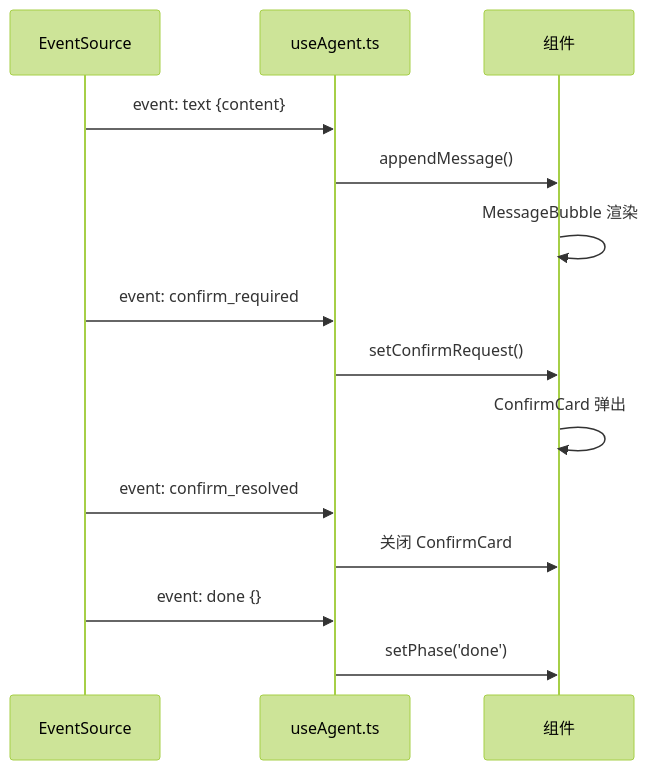
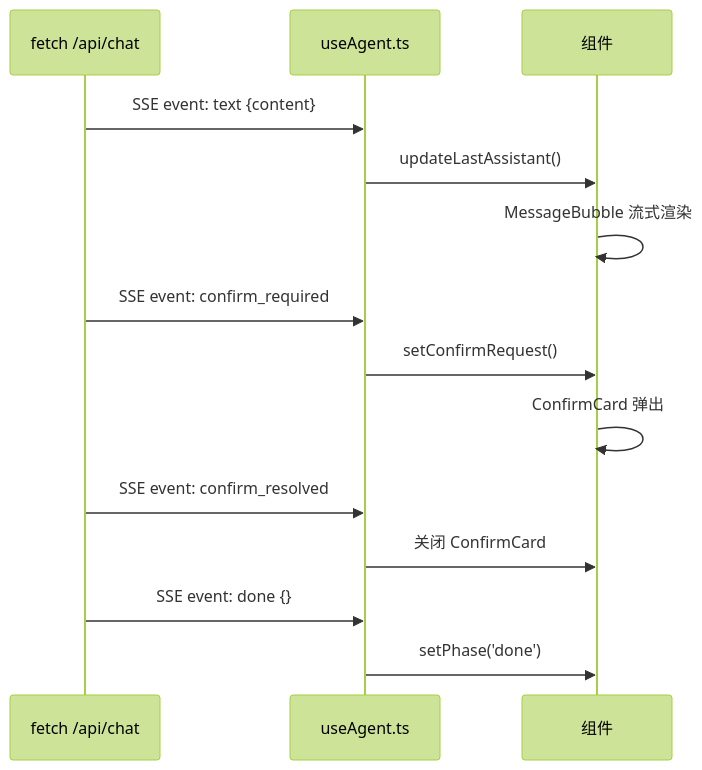
One commit to yjzaaa/leave-approval-agent changed the third of 6 diagrams in src/client/CLAUDE.md. Above: the diagram before and after it, drawn with Mermaid (forest theme). The commit also changed other lines of this file and 8 other files, not shown here.

````diff
--- a/src/client/CLAUDE.md
+++ b/src/client/CLAUDE.md
@@ -63,20 +89,20 @@
 ```mermaid
 sequenceDiagram
-    participant SSE as EventSource
+    participant HTTP as fetch /api/chat
     participant Hook as useAgent.ts
     participant UI as 组件
 
-    SSE->>Hook: event: text {content}
-    Hook->>UI: appendMessage()
-    UI->>UI: MessageBubble 渲染
+    HTTP->>Hook: SSE event: text {content}
+    Hook->>UI: updateLastAssistant()
+    UI->>UI: MessageBubble 流式渲染
 
-    SSE->>Hook: event: confirm_required
+    HTTP->>Hook: SSE event: confirm_required
     Hook->>UI: setConfirmRequest()
     UI->>UI: ConfirmCard 弹出
 
-    SSE->>Hook: event: confirm_resolved
+    HTTP->>Hook: SSE event: confirm_resolved
     Hook->>UI: 关闭 ConfirmCard
 
-    SSE->>Hook: event: done {}
+    HTTP->>Hook: SSE event: done {}
     Hook->>UI: setPhase('done')
 ```
````
